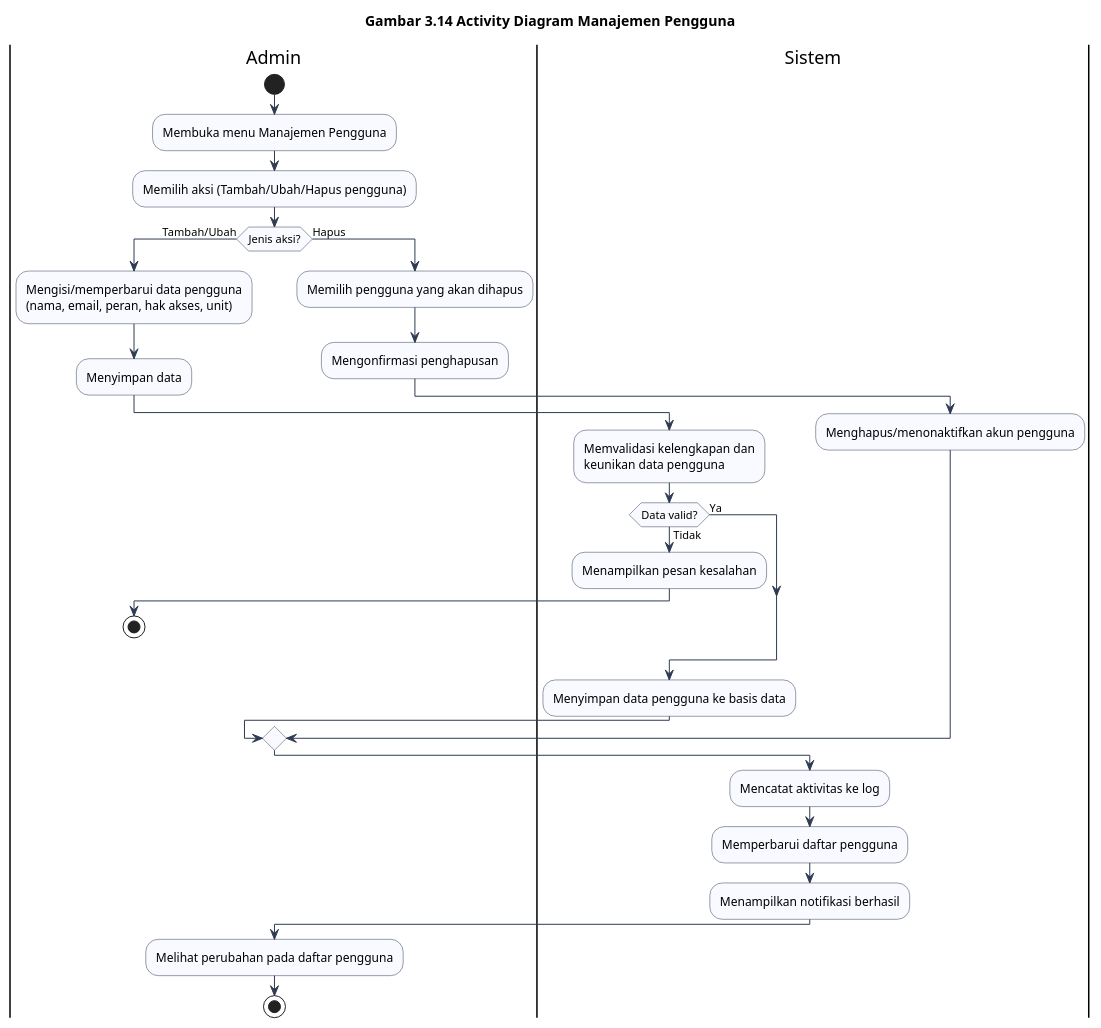
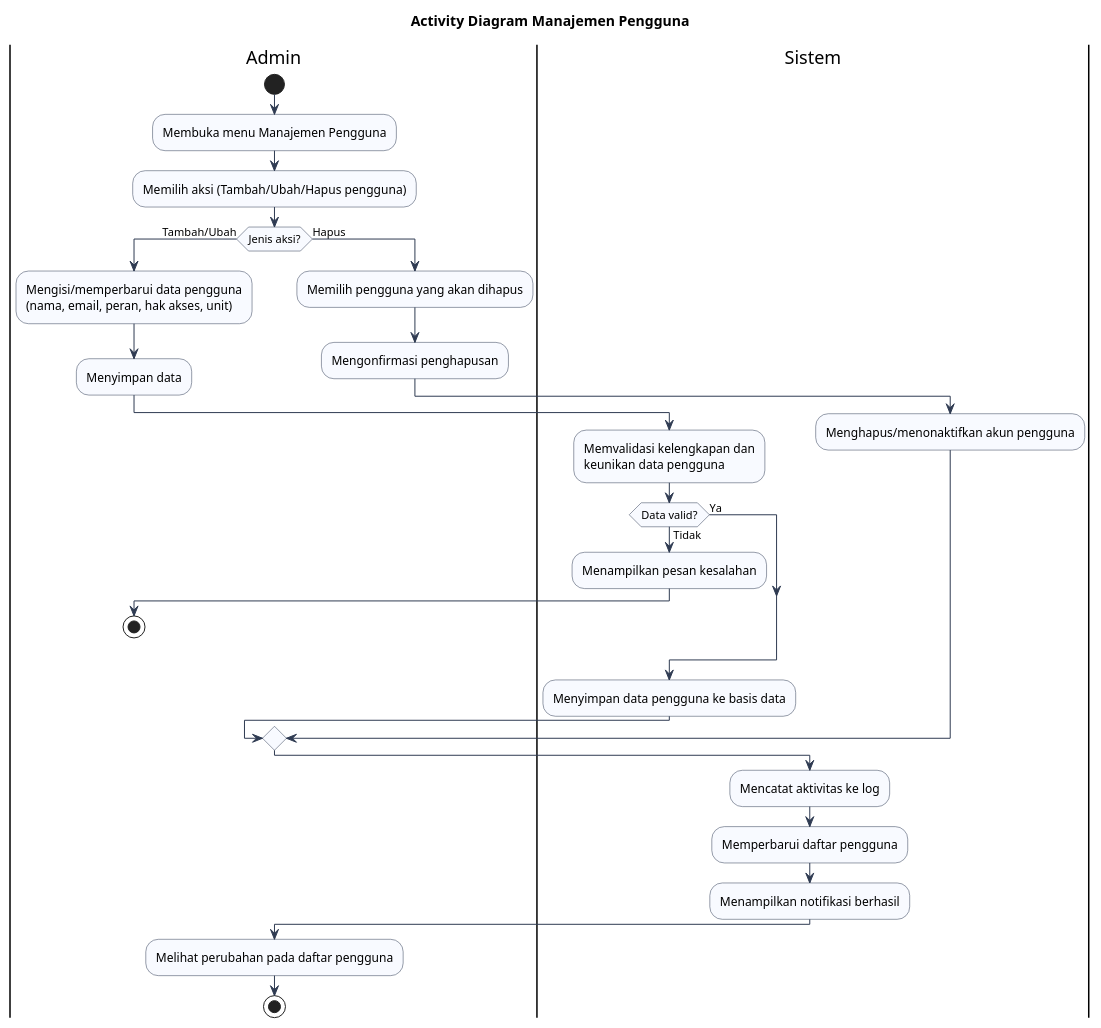
Before and after one commit to Abdlhsnu17/sipena.apps: the diagram in docs/activity/3.14-manajemen-pengguna.puml, drawn with PlantUML. The commit also changed 21 other files, not shown here.

Commit message:
docs: ubah judul activity diagram menjadi polos tanpa nomor gambar

```diff
--- a/docs/activity/3.14-manajemen-pengguna.puml
+++ b/docs/activity/3.14-manajemen-pengguna.puml
@@ -1,50 +1,50 @@
 @startuml
-title Gambar 3.14 Activity Diagram Manajemen Pengguna
+title Activity Diagram Manajemen Pengguna
 skinparam shadowing false
 skinparam activity {
   BackgroundColor #F8FAFF
   BorderColor #2F3B52
   ArrowColor #2F3B52
   DiamondBackgroundColor #F8FAFF
   DiamondBorderColor #2F3B52
 }
 
 |Admin|
 start
 :Membuka menu Manajemen Pengguna;
 :Memilih aksi (Tambah/Ubah/Hapus pengguna);
 
 if (Jenis aksi?) then (Tambah/Ubah)
   |Admin|
   :Mengisi/memperbarui data pengguna
   (nama, email, peran, hak akses, unit);
   :Menyimpan data;
 
   |Sistem|
   :Memvalidasi kelengkapan dan
   keunikan data pengguna;
   if (Data valid?) then (Tidak)
     :Menampilkan pesan kesalahan;
     |Admin|
     stop
   else (Ya)
   endif
   |Sistem|
   :Menyimpan data pengguna ke basis data;
 else (Hapus)
   |Admin|
   :Memilih pengguna yang akan dihapus;
   :Mengonfirmasi penghapusan;
   |Sistem|
   :Menghapus/menonaktifkan akun pengguna;
 endif
 
 |Sistem|
 :Mencatat aktivitas ke log;
 :Memperbarui daftar pengguna;
 :Menampilkan notifikasi berhasil;
 
 |Admin|
 :Melihat perubahan pada daftar pengguna;
 stop
 @enduml
```
